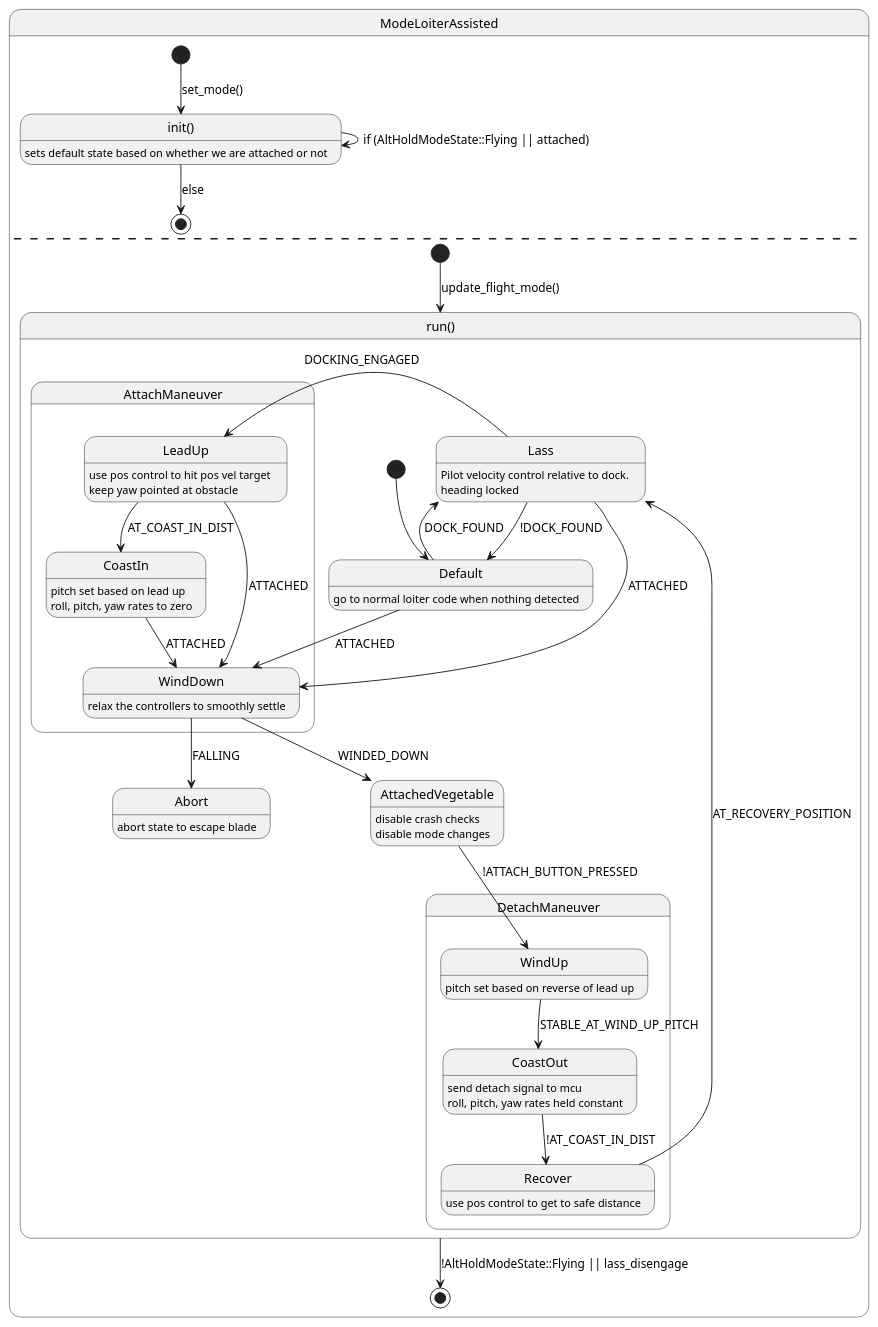
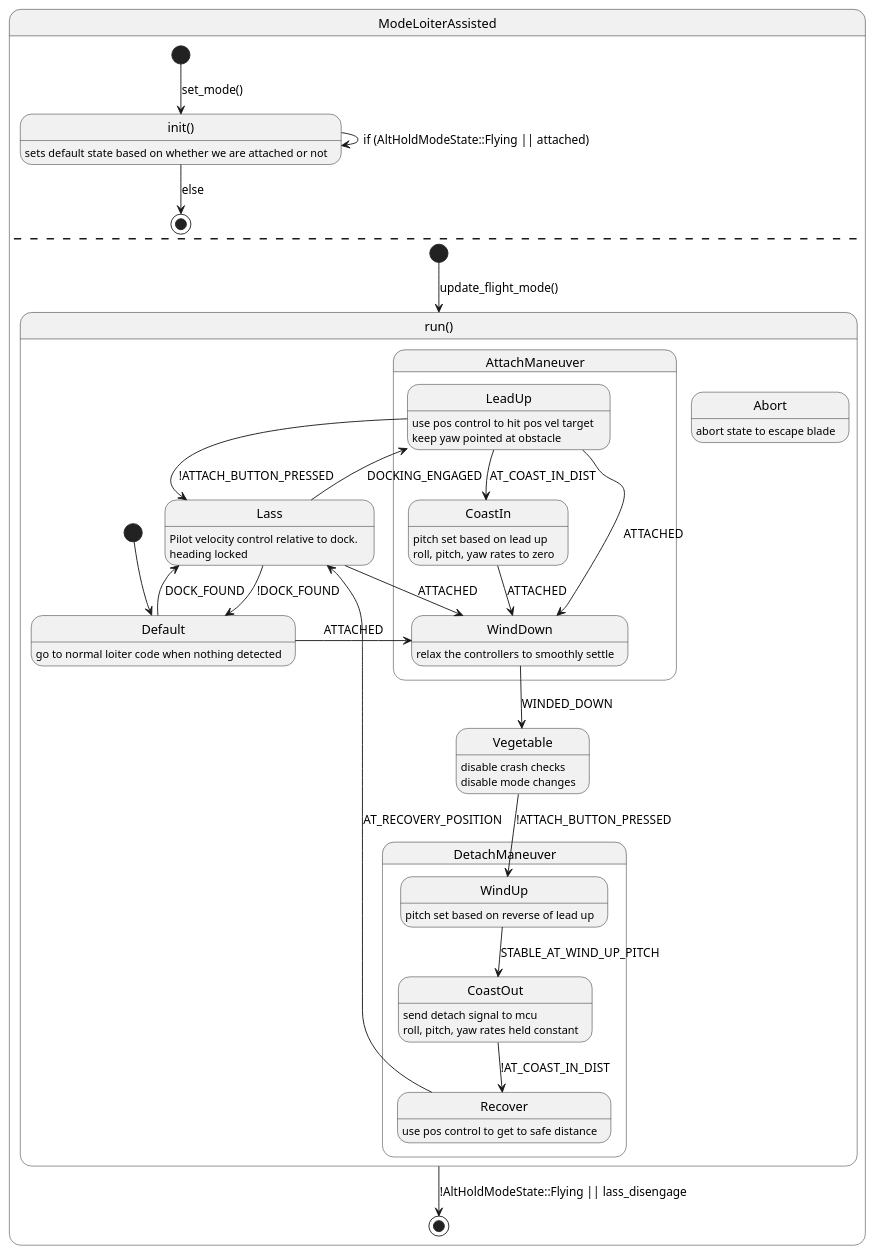
One commit to Persimia/ardupilot changed the diagram in notes/lass-state-machine.wsd. Above: the diagram before and after it, drawn with PlantUML.

Commit message:
working pre cleanup + state diagram fix

```diff
--- a/notes/lass-state-machine.wsd
+++ b/notes/lass-state-machine.wsd
@@ -1,90 +1,88 @@
 @startuml Lass State Machine
 
 
 state ModeLoiterAssisted {
 
 ' States
 state "init()" as init: \
 sets default state based on whether we are attached or not
 
 ' Transitions
 [*] --> init : set_mode()
 init --> [*] : else
 init --> init : if (AltHoldModeState::Flying || attached)
 
 ' ==========================
 --
 
 state "run()" as run{
 
 ' States
 state Lass: \
 Pilot velocity control relative to dock. \n\
 heading locked
 
 State AttachManeuver {
 State LeadUp: \
 use pos control to hit pos vel target \n\
 keep yaw pointed at obstacle
 
 State CoastIn: \
 pitch set based on lead up \n\
 roll, pitch, yaw rates to zero
 
 State WindDown: \
 relax the controllers to smoothly settle
 }
 
 
-state AttachedVegetable: \
+state Vegetable: \
 disable crash checks \n\
 disable mode changes 
 
 State DetachManeuver {
 State WindUp: \
 pitch set based on reverse of lead up
 
 State CoastOut: \
 send detach signal to mcu \n\
 roll, pitch, yaw rates held constant
 
 State Recover: \
 use pos control to get to safe distance
 }
 
 State Default: \
 go to normal loiter code when nothing detected
 
 State Abort: \
 abort state to escape blade
 
 
 ' Transitions
 [*] --> Default
-Lass --> Default : !DOCK_FOUND
 Default --> Lass : DOCK_FOUND
 Default --> WindDown : ATTACHED
+Lass --> Default : !DOCK_FOUND
+Lass --> LeadUp : DOCKING_ENGAGED
 Lass --> WindDown : ATTACHED
+LeadUp --> CoastIn : AT_COAST_IN_DIST
 LeadUp --> WindDown : ATTACHED
-' [*] --> AttachedVegetable : attached
-Lass --> LeadUp : DOCKING_ENGAGED
-LeadUp --> CoastIn : AT_COAST_IN_DIST
-' CoastIn --> Abort : timeout
+LeadUp --> Lass : !ATTACH_BUTTON_PRESSED
 CoastIn --> WindDown : ATTACHED
-WindDown --> AttachedVegetable : WINDED_DOWN
-WindDown --> Abort : FALLING
-AttachedVegetable --> WindUp : !ATTACH_BUTTON_PRESSED
+' CoastIn --> Abort : FALLING
+WindDown --> Vegetable : WINDED_DOWN
+' WindDown --> Abort : FALLING
+Vegetable --> WindUp : !ATTACH_BUTTON_PRESSED
 WindUp --> CoastOut : STABLE_AT_WIND_UP_PITCH
 CoastOut --> Recover : !AT_COAST_IN_DIST
 Recover --> Lass : AT_RECOVERY_POSITION
-
-
 }
 
 [*] --> run : update_flight_mode()
 run --> [*] : !AltHoldModeState::Flying || lass_disengage
 }
 
 
 
 @enduml
```
